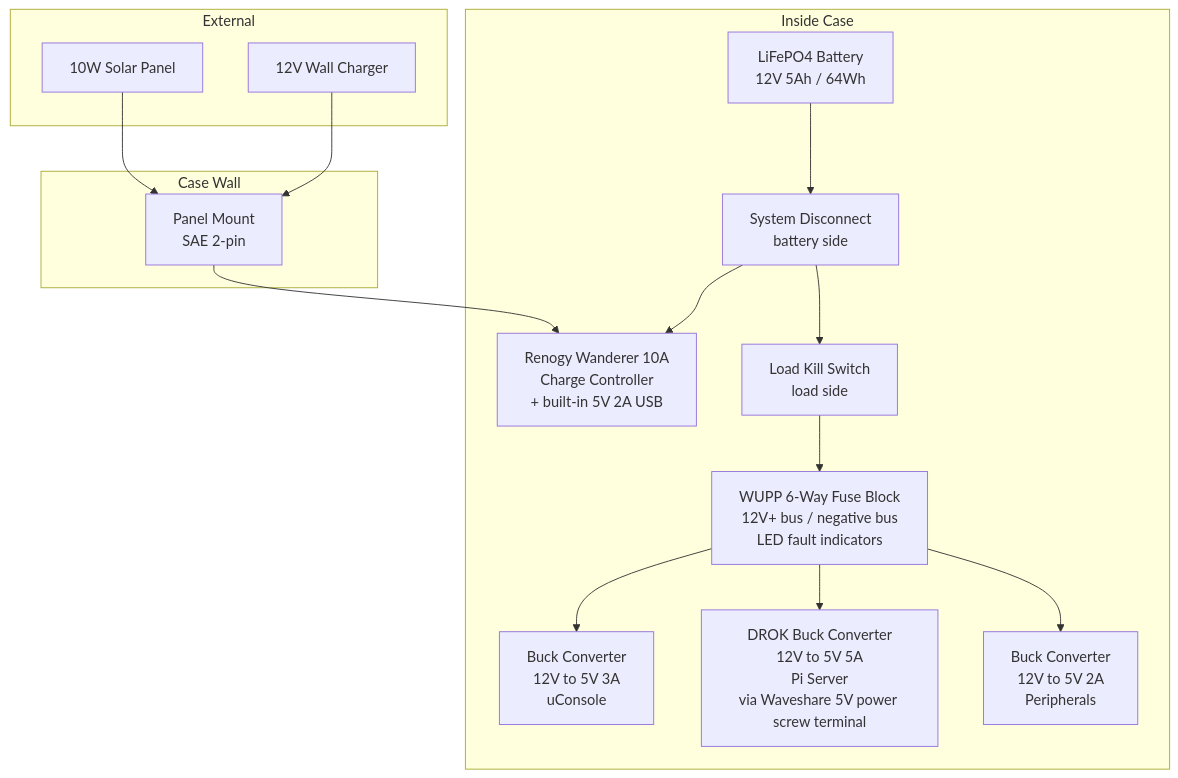
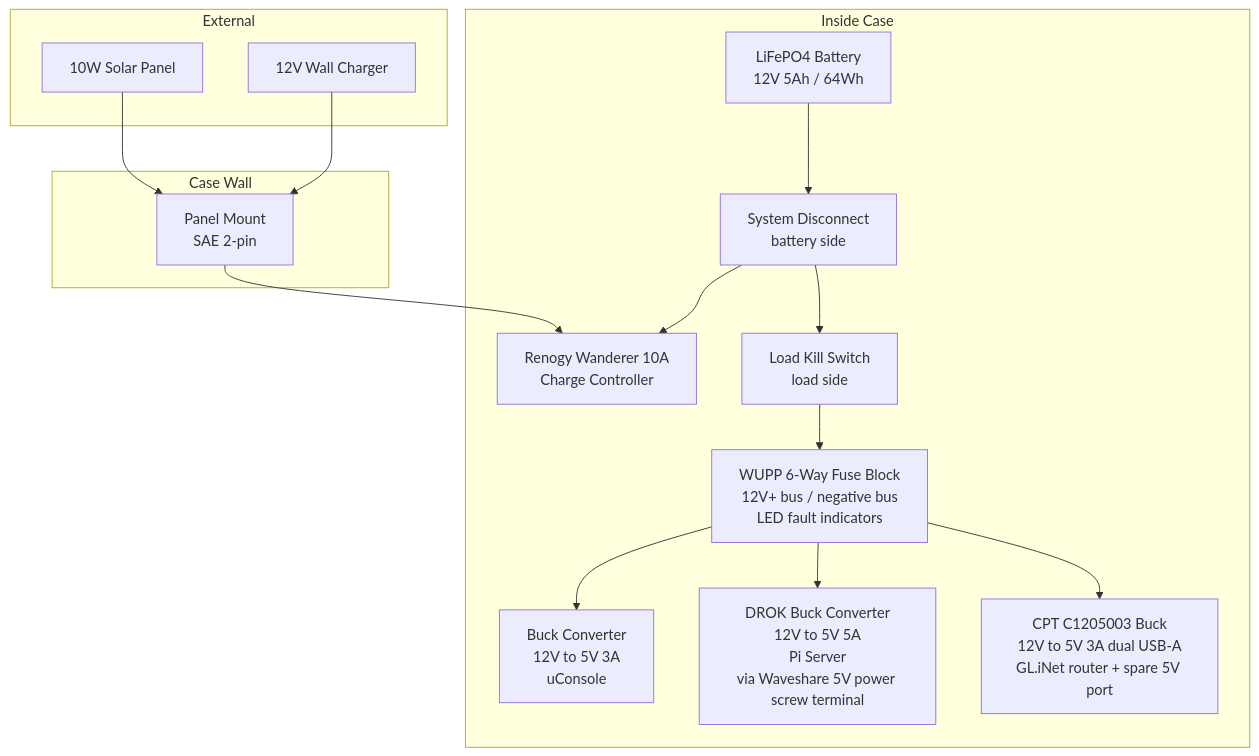
One commit to ifnull/cyberdeck changed the first of 4 diagrams in build-rationale.md. Above: the diagram before and after it, drawn with Mermaid. The commit also changed other lines of this file and 9 other files, not shown here.

Commit message:
Add renogy-agent setup guide and TODOs for router auto-halt + MQTT

````diff
--- a/build-rationale.md
+++ b/build-rationale.md
@@ -20,33 +20,33 @@
 ```mermaid
 graph TD
     subgraph External
         SOLAR[10W Solar Panel]
         WALL[12V Wall Charger]
     end
 
     subgraph Case Wall
         PWR_IN[Panel Mount\nSAE 2-pin]
     end
 
     subgraph Inside Case
-        CC[Renogy Wanderer 10A\nCharge Controller\n+ built-in 5V 2A USB]
+        CC[Renogy Wanderer 10A\nCharge Controller]
         BAT[LiFePO4 Battery\n12V 5Ah / 64Wh]
         SYSDISC[System Disconnect\nbattery side]
         KILL[Load Kill Switch\nload side]
         FUSE[WUPP 6-Way Fuse Block\n12V+ bus / negative bus\nLED fault indicators]
         BUCK1[Buck Converter\n12V to 5V 3A\nuConsole]
         BUCK2[DROK Buck Converter\n12V to 5V 5A\nPi Server\nvia Waveshare 5V power screw terminal]
-        BUCK3[Buck Converter\n12V to 5V 2A\nPeripherals]
+        BUCK3[CPT C1205003 Buck\n12V to 5V 3A dual USB-A\nGL.iNet router + spare 5V port]
     end
 
     SOLAR --> PWR_IN
     WALL --> PWR_IN
     PWR_IN --> CC
     BAT --> SYSDISC
     SYSDISC --> CC
     SYSDISC --> KILL
     KILL --> FUSE
     FUSE --> BUCK1
     FUSE --> BUCK2
     FUSE --> BUCK3
 ```
````
